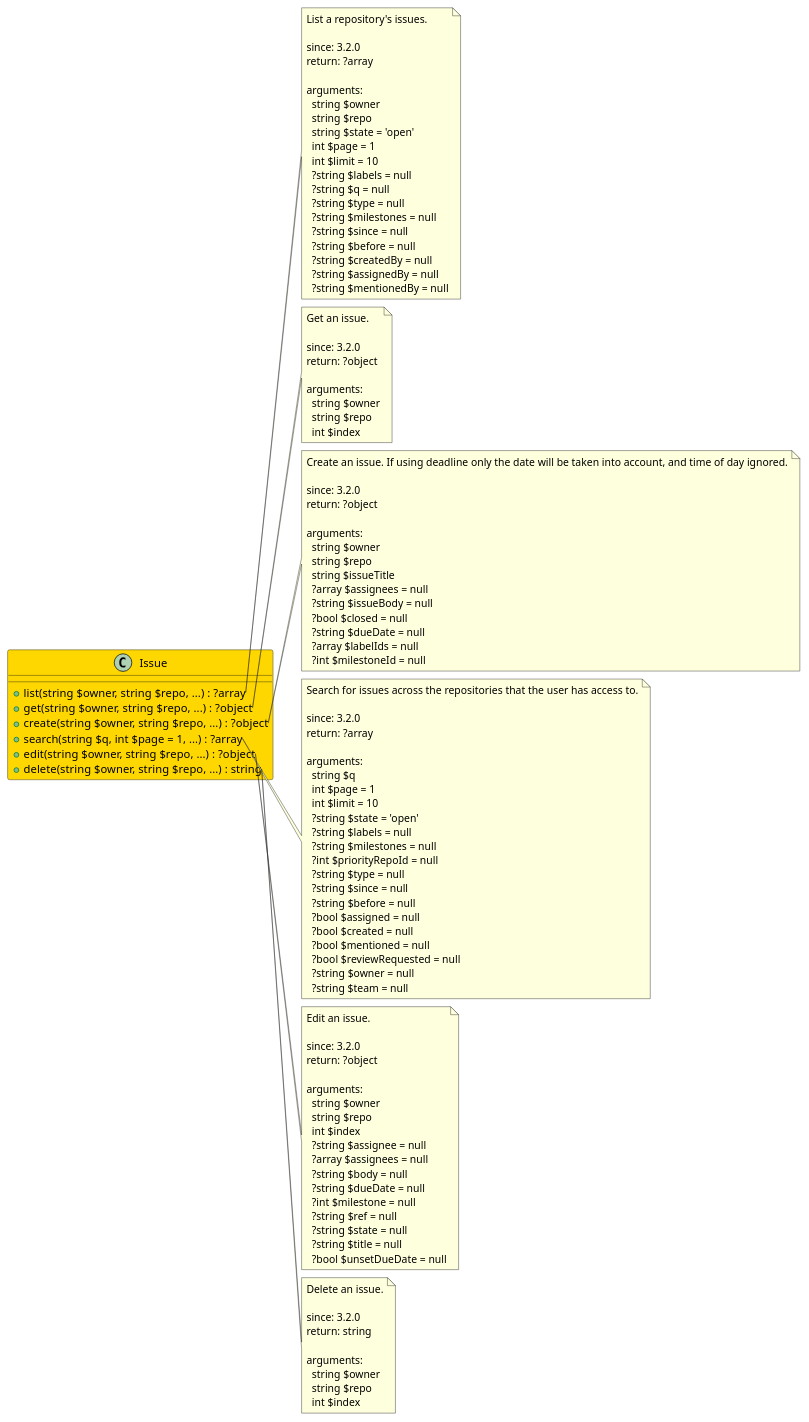
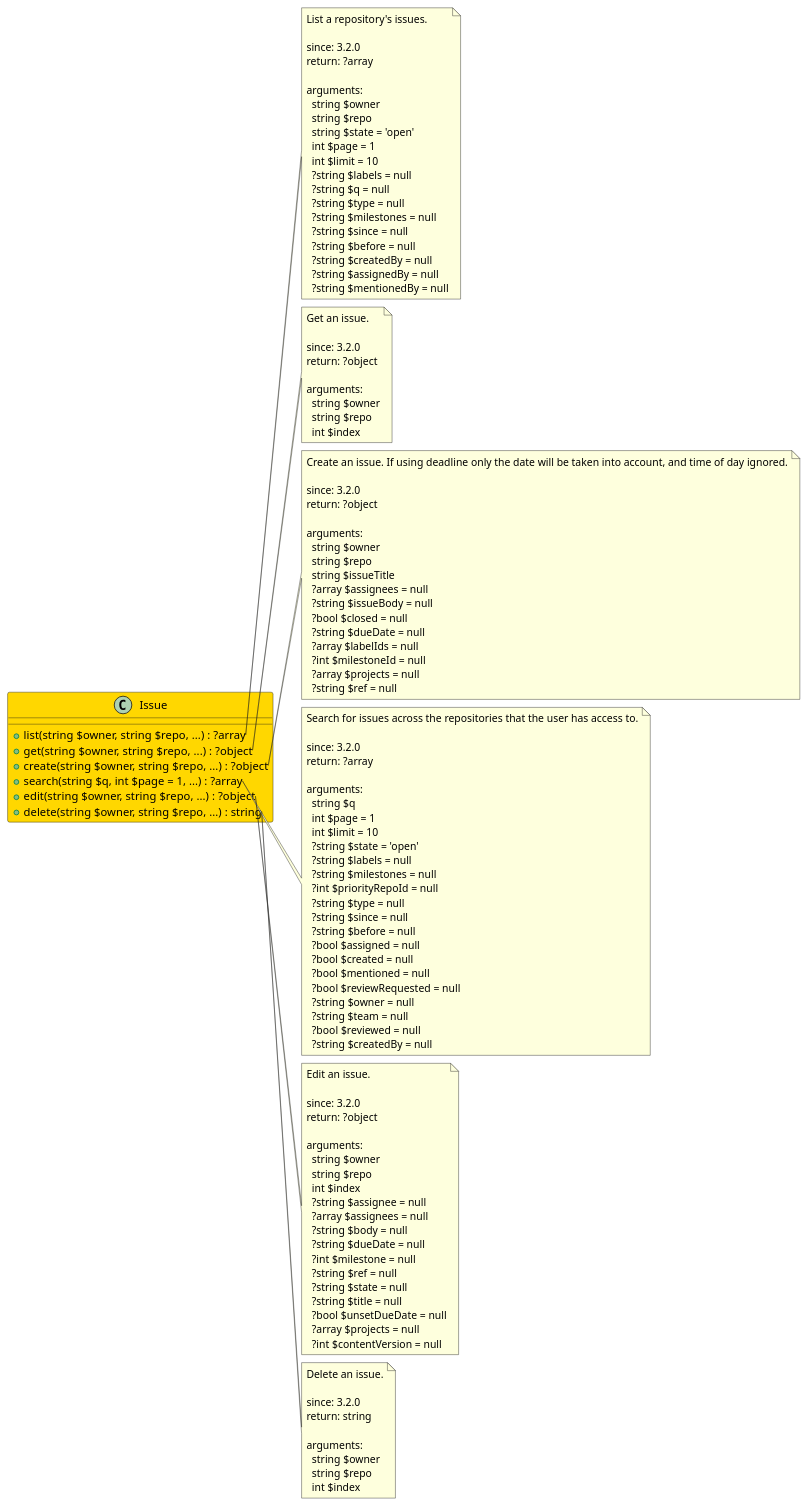
The diagram in src/5c8f9038-d6e9-4788-96df-45019eafbadb/README.md (joomengine/gitea), drawn with PlantUML before and after one commit. The commit also changed other lines of this file and 370 other files, not shown here.

```diff
--- a/src/5c8f9038-d6e9-4788-96df-45019eafbadb/README.md
+++ b/src/5c8f9038-d6e9-4788-96df-45019eafbadb/README.md
@@ -66,6 +68,8 @@
     ?string $dueDate = null
     ?array $labelIds = null
     ?int $milestoneId = null
+    ?array $projects = null
+    ?string $ref = null
 end note
 
 note right of Issue::search
@@ -91,6 +95,8 @@
     ?bool $reviewRequested = null
     ?string $owner = null
     ?string $team = null
+    ?bool $reviewed = null
+    ?string $createdBy = null
 end note
 
 note right of Issue::edit
@@ -112,6 +118,8 @@
     ?string $state = null
     ?string $title = null
     ?bool $unsetDueDate = null
+    ?array $projects = null
+    ?int $contentVersion = null
 end note
 
 note right of Issue::delete
```
